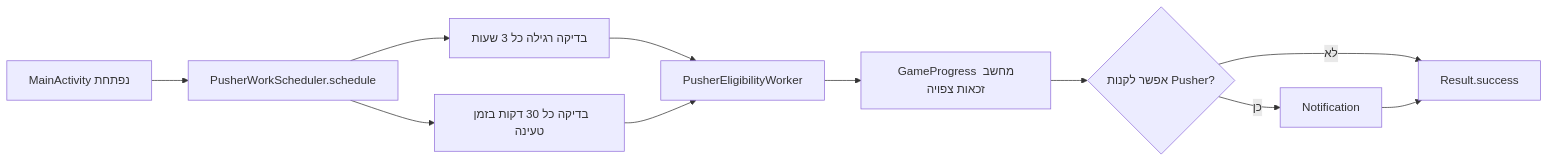
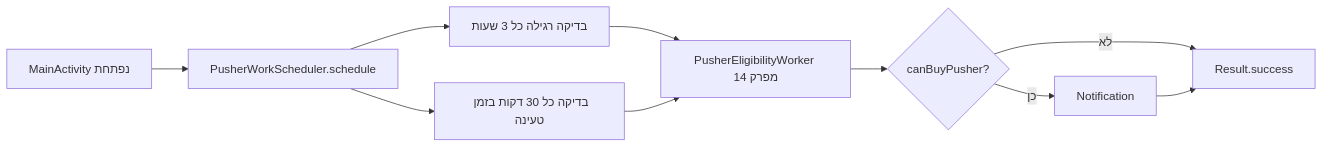
The first of 2 diagrams in android/CollectCircles/15b.collect-circles-notification-only.md (3strategy/BeautifulMivney), drawn with Mermaid before and after one commit. The commit also changed other lines of this file and 2 other files, not shown here.

````diff
--- a/android/CollectCircles/15b.collect-circles-notification-only.md
+++ b/android/CollectCircles/15b.collect-circles-notification-only.md
@@ -16,13 +16,12 @@
 ```mermaid
 flowchart LR
     A["MainActivity נפתחת"] --> S["PusherWorkScheduler.schedule"]
     S --> B["בדיקה רגילה כל 3 שעות"]
     S --> C["בדיקה כל 30 דקות בזמן טעינה"]
-    B --> W["PusherEligibilityWorker"]
+    B --> W["PusherEligibilityWorker מפרק 14"]
     C --> W
-    W --> P["GameProgress מחשב זכאות צפויה"]
-    P --> N{"אפשר לקנות Pusher?"}
+    W --> N{"canBuyPusher?"}
     N -- "כן" --> Y["Notification"]
     N -- "לא" --> X["Result.success"]
     Y --> X
 ```
````
